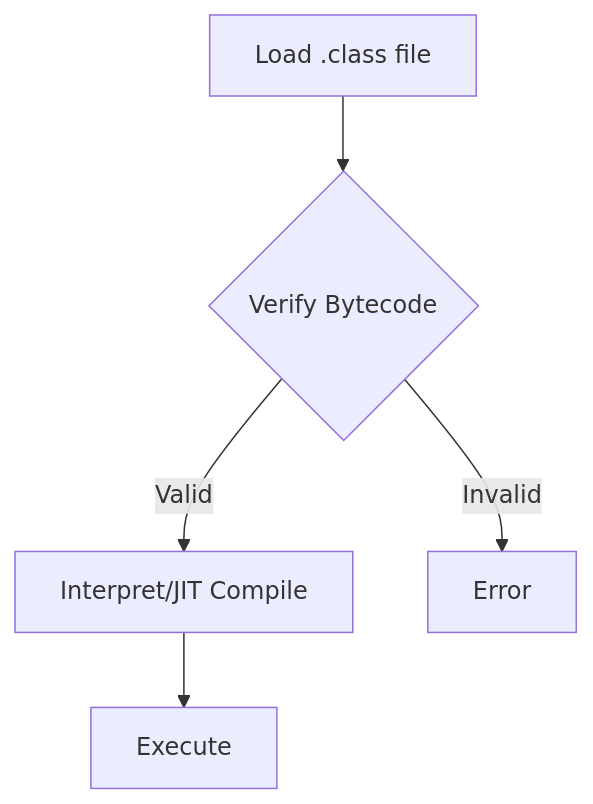
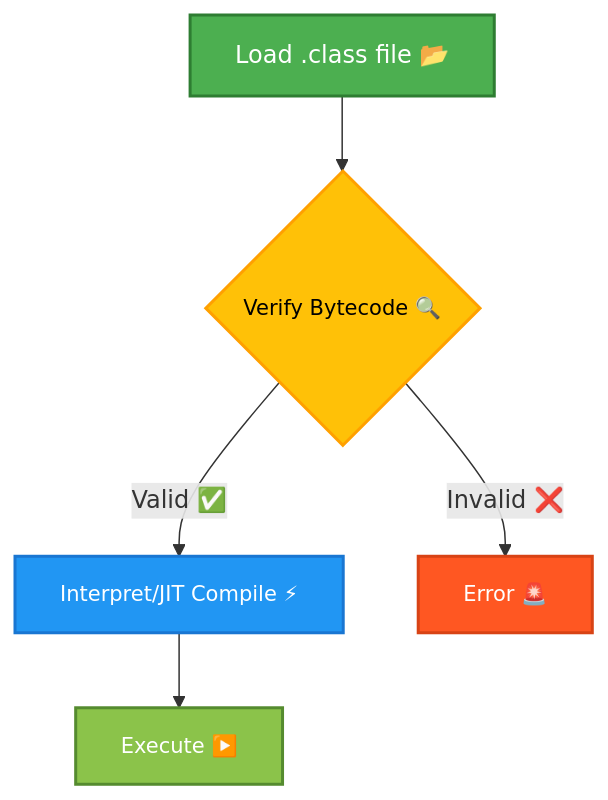
One commit to infoyouth/infoyouth.github.io changed the ninth of 10 diagrams in _posts/2024-11-29-overview-of-java.md. Above: the diagram before and after it, drawn with Mermaid. The commit also changed other lines of this file, not shown here.

````diff
--- a/_posts/2024-11-29-overview-of-java.md
+++ b/_posts/2024-11-29-overview-of-java.md
@@ -414,7 +581,14 @@
 ```mermaid
 graph TD
-    A[Load .class file] --> B{Verify Bytecode};
-    B -- Valid --> C[Interpret/JIT Compile];
-    B -- Invalid --> D[Error];
-    C --> E[Execute];
+    A[Load .class file 📂] --> B{Verify Bytecode 🔍};
+    B -- Valid ✅ --> C[Interpret/JIT Compile ⚡];
+    B -- Invalid ❌ --> D[Error 🚨];
+    C --> E[Execute ▶️];
+
+    style A fill:#4CAF50,stroke:#2E7D32,stroke-width:2px,color:#FFFFFF,font-size:16px
+    style B fill:#FFC107,stroke:#FFA000,stroke-width:2px,color:#000000,font-size:14px
+    style C fill:#2196F3,stroke:#1976D2,stroke-width:2px,color:#FFFFFF,font-size:14px
+    style D fill:#FF5722,stroke:#D84315,stroke-width:2px,color:#FFFFFF,font-size:14px
+    style E fill:#8BC34A,stroke:#558B2F,stroke-width:2px,color:#FFFFFF,font-size:14px
+
 ```
````
